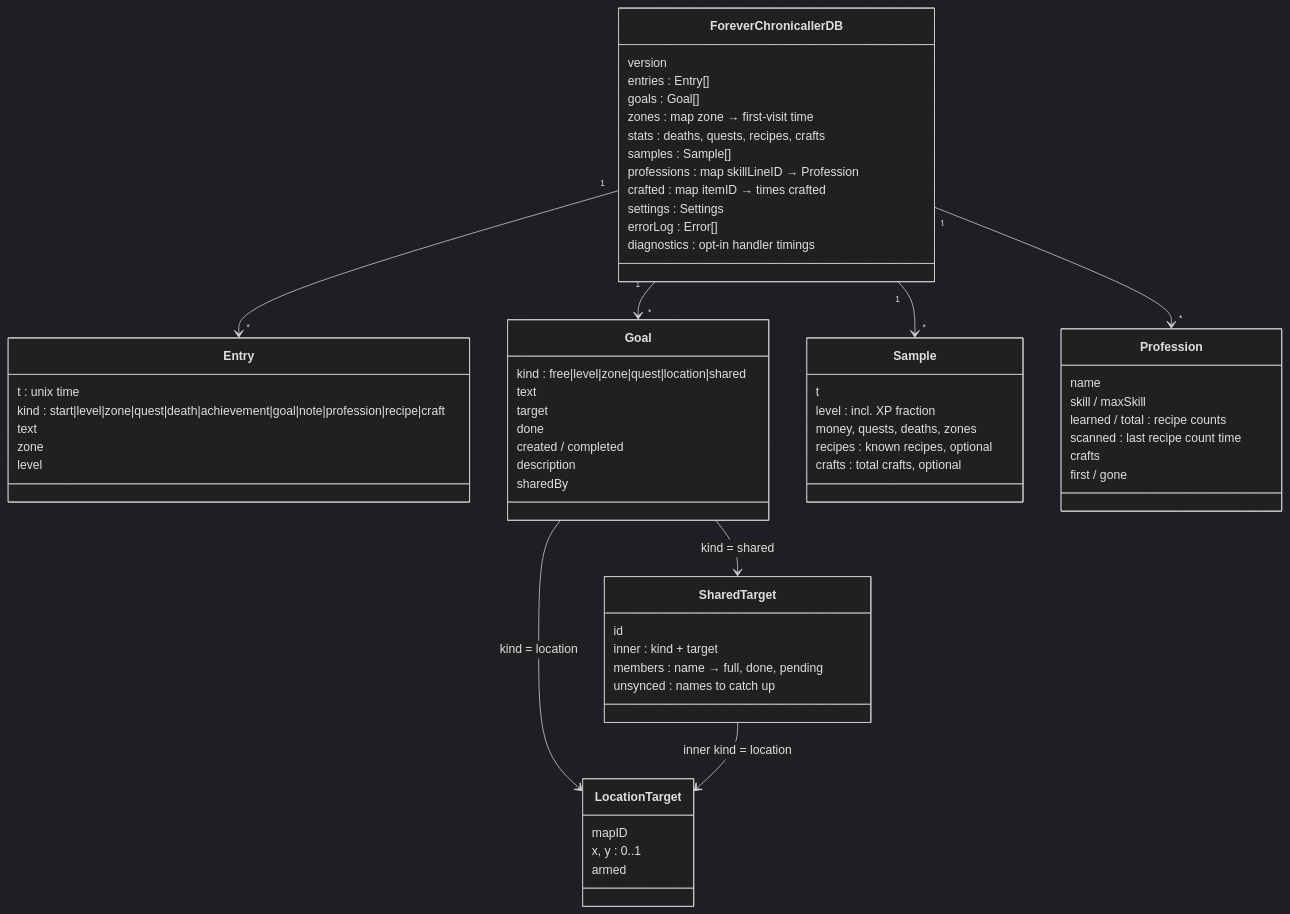
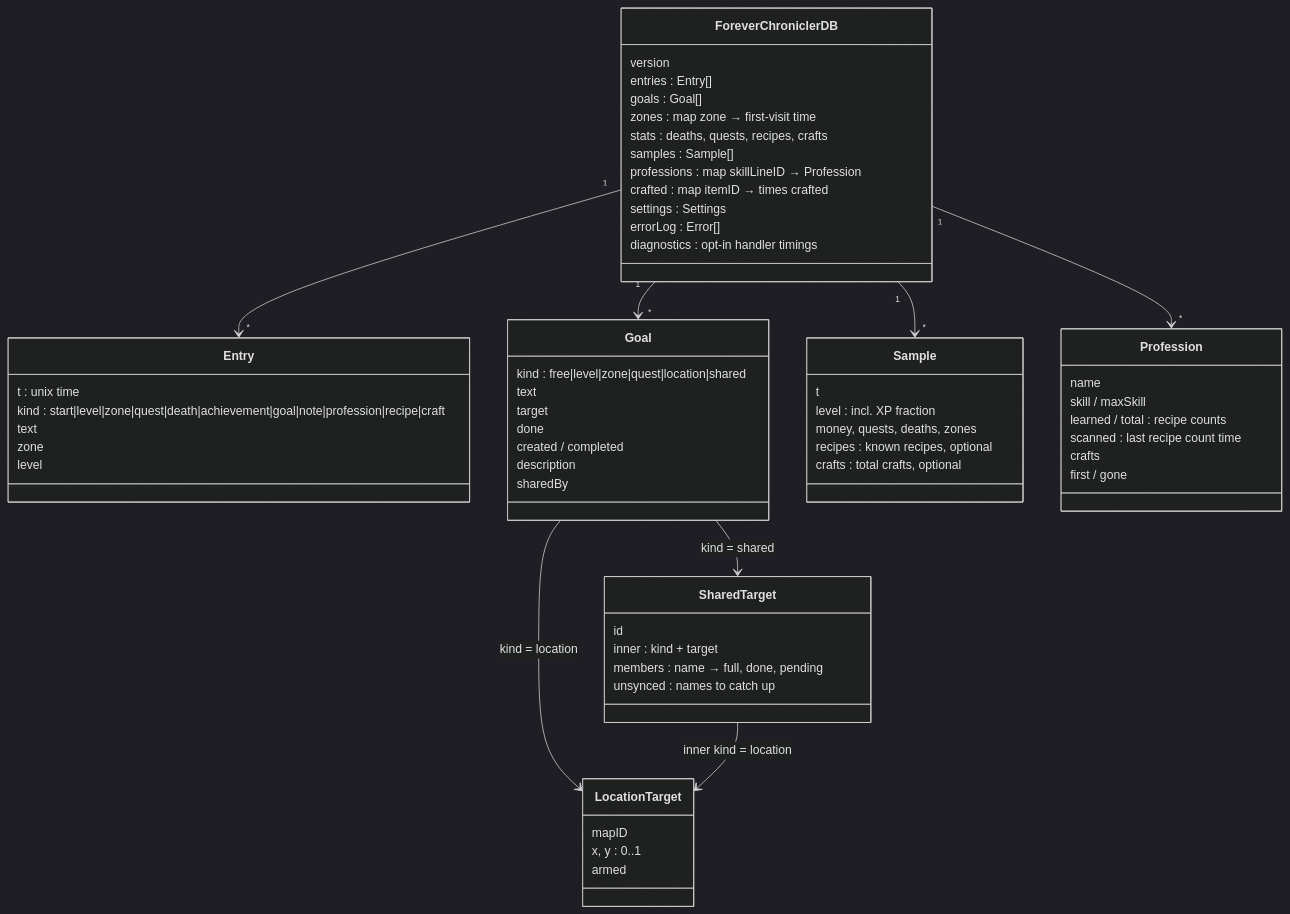
One commit to SaffronG/ForeverChronicler changed the fifth of 12 diagrams in docs/Topology.md. Above: the diagram before and after it, drawn with Mermaid (dark theme). The commit also changed other lines of this file and 43 other files, not shown here.

First line of the commit message:
Fix the addon's name: ForeverChronicaller -> ForeverChronicler

````diff
--- a/docs/Topology.md
+++ b/docs/Topology.md
@@ -196,65 +198,65 @@
 ```mermaid
 classDiagram
-    class ForeverChronicallerDB {
+    class ForeverChroniclerDB {
         version
         entries : Entry[]
         goals : Goal[]
         zones : map zone → first-visit time
         stats : deaths, quests, recipes, crafts
         samples : Sample[]
         professions : map skillLineID → Profession
         crafted : map itemID → times crafted
         settings : Settings
         errorLog : Error[]
         diagnostics : opt-in handler timings
     }
     class Entry {
         t : unix time
         kind : start|level|zone|quest|death|achievement|goal|note|profession|recipe|craft
         text
         zone
         level
     }
     class Goal {
         kind : free|level|zone|quest|location|shared
         text
         target
         done
         created / completed
         description
         sharedBy
     }
     class LocationTarget {
         mapID
         x, y : 0..1
         armed
     }
     class SharedTarget {
         id
         inner : kind + target
         members : name → full, done, pending
         unsynced : names to catch up
     }
     class Sample {
         t
         level : incl. XP fraction
         money, quests, deaths, zones
         recipes : known recipes, optional
         crafts : total crafts, optional
     }
     class Profession {
         name
         skill / maxSkill
         learned / total : recipe counts
         scanned : last recipe count time
         crafts
         first / gone
     }
-    ForeverChronicallerDB "1" --> "*" Entry
-    ForeverChronicallerDB "1" --> "*" Goal
-    ForeverChronicallerDB "1" --> "*" Sample
-    ForeverChronicallerDB "1" --> "*" Profession
+    ForeverChroniclerDB "1" --> "*" Entry
+    ForeverChroniclerDB "1" --> "*" Goal
+    ForeverChroniclerDB "1" --> "*" Sample
+    ForeverChroniclerDB "1" --> "*" Profession
     Goal --> LocationTarget : kind = location
     Goal --> SharedTarget : kind = shared
     SharedTarget --> LocationTarget : inner kind = location
 ```
````
